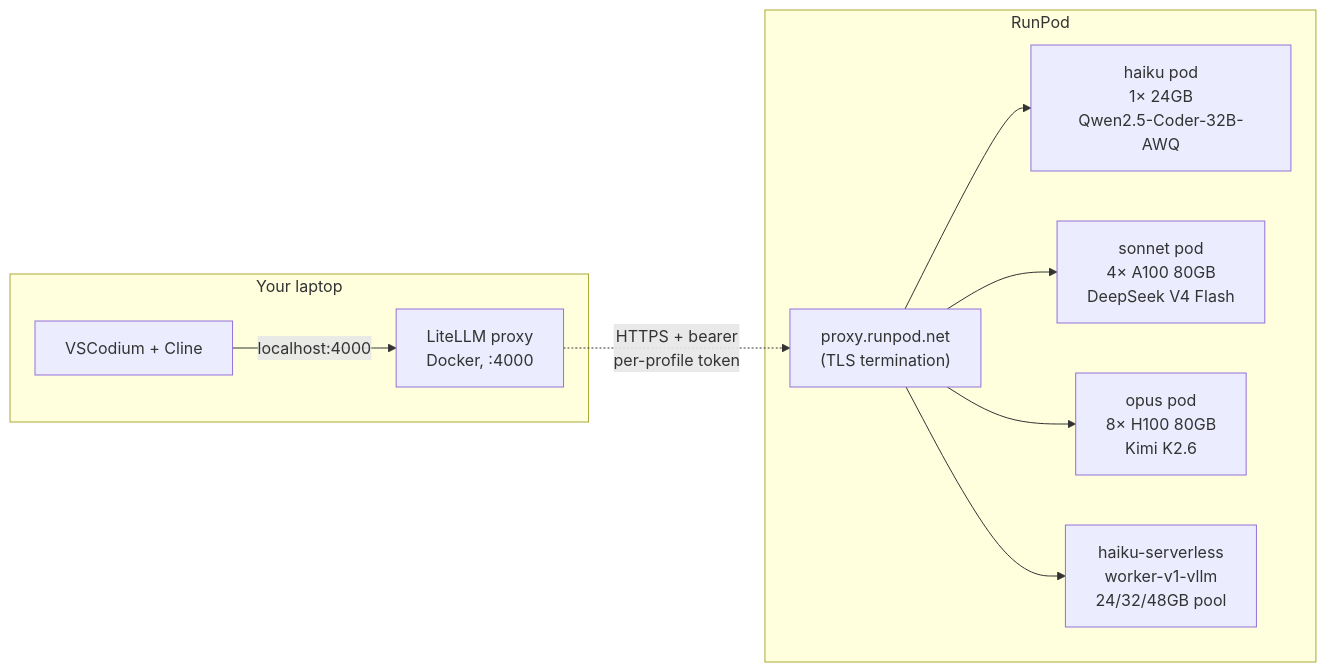
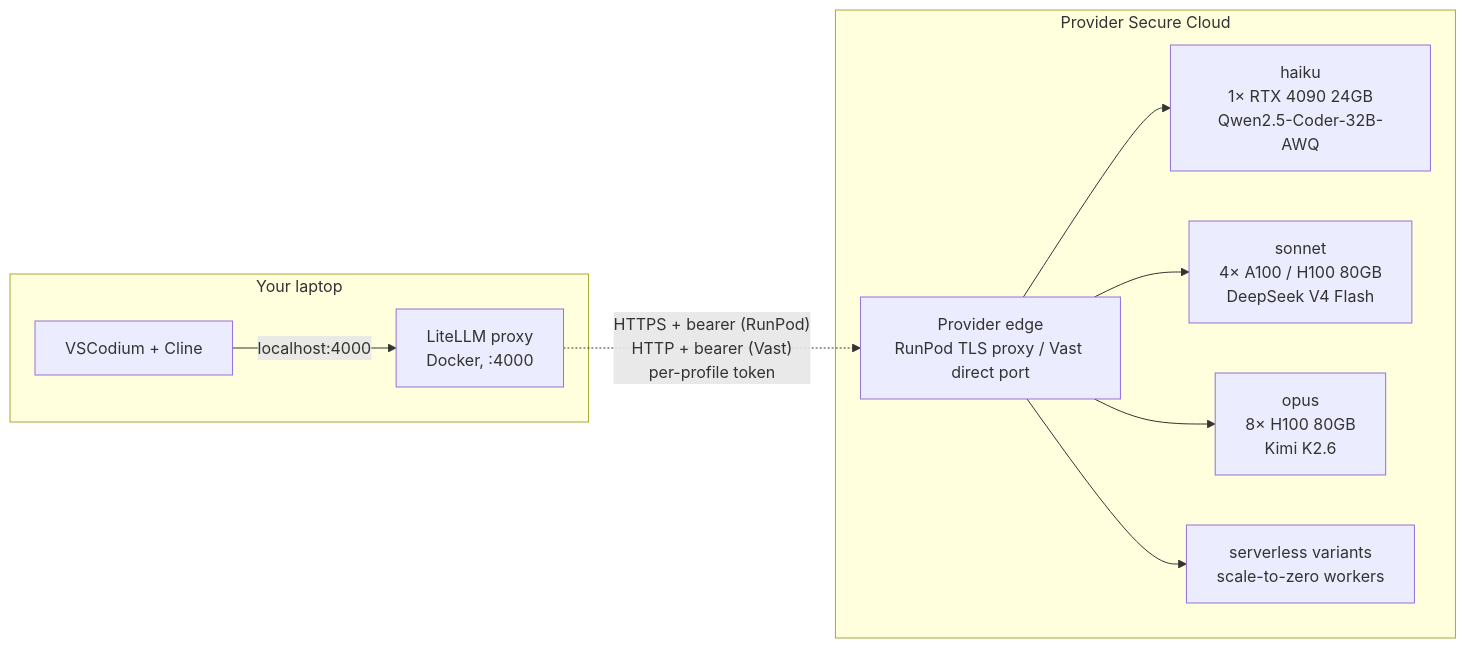
One commit to dealright/zdr-coder changed the diagram in README.md. Above: the diagram before and after it, drawn with Mermaid. The commit also changed other lines of this file, not shown here.

````diff
--- a/README.md
+++ b/README.md
@@ -25,16 +56,16 @@
 ```mermaid
 flowchart LR
     subgraph laptop["Your laptop"]
         Cline["VSCodium + Cline"]
         LiteLLM["LiteLLM proxy<br/>Docker, :4000"]
         Cline -->|"localhost:4000"| LiteLLM
     end
-    LiteLLM -.->|"HTTPS + bearer<br/>per-profile token"| Proxy
-    subgraph rp["RunPod"]
-        Proxy["proxy.runpod.net<br/>(TLS termination)"]
-        Proxy --> GPUH["haiku pod<br/>1× 24GB<br/>Qwen2.5-Coder-32B-AWQ"]
-        Proxy --> GPUS["sonnet pod<br/>4× A100 80GB<br/>DeepSeek V4 Flash"]
-        Proxy --> GPUO["opus pod<br/>8× H100 80GB<br/>Kimi K2.6"]
-        Proxy --> SLS["haiku-serverless<br/>worker-v1-vllm<br/>24/32/48GB pool"]
+    LiteLLM -.->|"HTTPS + bearer (RunPod)<br/>HTTP + bearer (Vast)<br/>per-profile token"| Edge
+    subgraph providers["Provider Secure Cloud"]
+        Edge["Provider edge<br/>RunPod TLS proxy / Vast direct port"]
+        Edge --> GPUH["haiku<br/>1× RTX 4090 24GB<br/>Qwen2.5-Coder-32B-AWQ"]
+        Edge --> GPUS["sonnet<br/>4× A100 / H100 80GB<br/>DeepSeek V4 Flash"]
+        Edge --> GPUO["opus<br/>8× H100 80GB<br/>Kimi K2.6"]
+        Edge --> SLS["serverless variants<br/>scale-to-zero workers"]
     end
 ```
````
